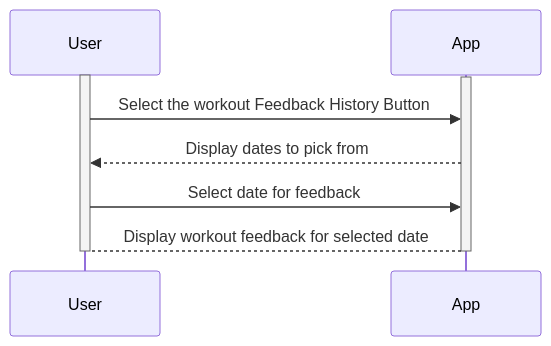
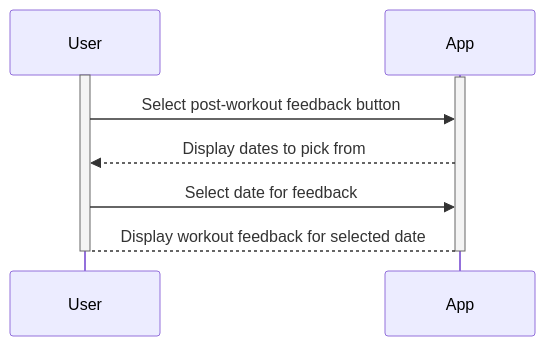
The tenth of 14 diagrams in documentation/docs/system-architecture/sequence-diagrams.md (Capstone-Projects-2024-Spring/project-smartweights), drawn with Mermaid before and after one commit. The commit also changed other lines of this file and 107 other files, not shown here.

````diff
--- a/documentation/docs/system-architecture/sequence-diagrams.md
+++ b/documentation/docs/system-architecture/sequence-diagrams.md
@@ -253,19 +345,19 @@
 ```mermaid 
 sequenceDiagram
     participant User
     participant App
 
     activate User
     activate App
 
-    User->>App: Select the workout Feedback History Button
+    User->>App: Select post-workout feedback button
     App-->>User: Display dates to pick from 
     User->>App: Select date for feedback
     App-->User: Display workout feedback for selected date
 
     deactivate User
     deactivate App
 
 
     
 ```
````
